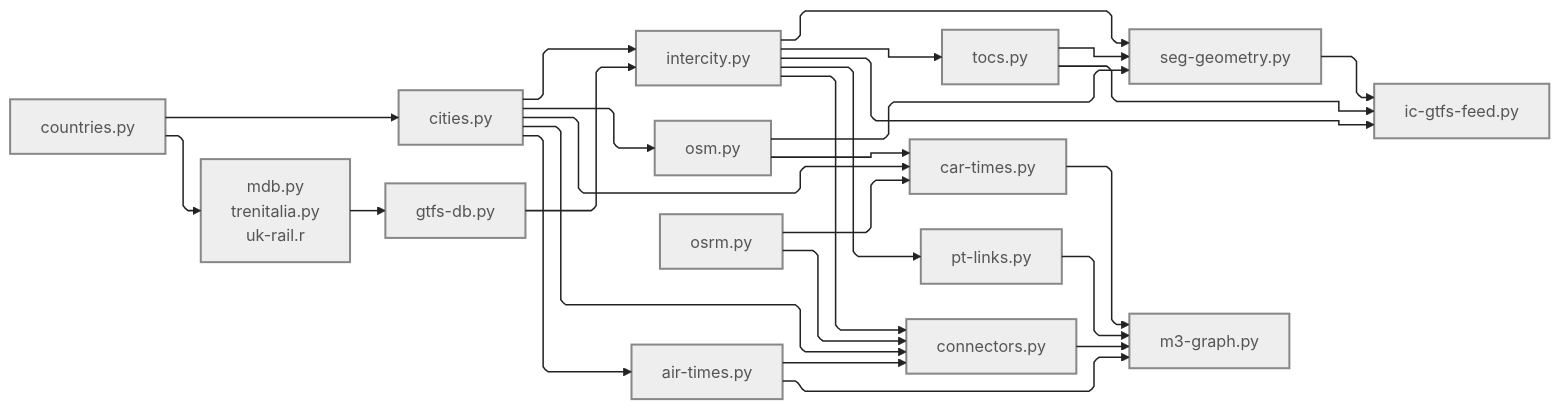
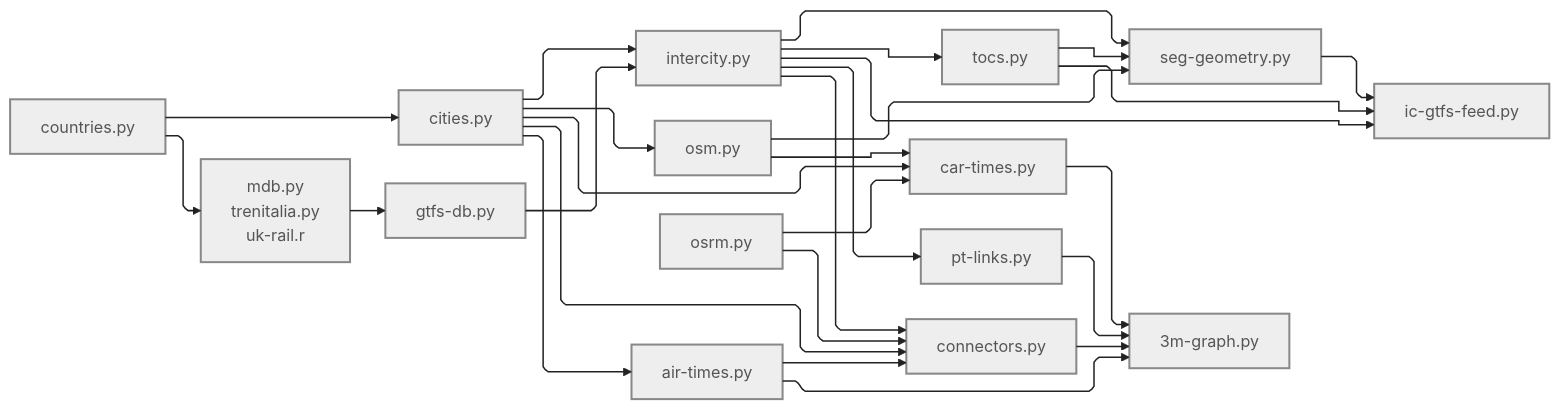
The diagram in README.md (hanyuchengatdelft/3MARS-WP2), drawn with Mermaid before and after one commit. The commit also changed other lines of this file and 1 other file, not shown here.

````diff
--- a/README.md
+++ b/README.md
@@ -84,72 +84,72 @@
 ```mermaid
 ---
 config:
   layout: elk
   elk:
     nodePlacementStrategy: LINEAR_SEGMENTS
     mergeEdges: false
   flowchart:
     curve: linear
     nodeSpacing: 35
     rankSpacing: 70
   themeCSS: |
     .arrowMarkerPath {
       transform: scale(0.65);
       transform-origin: center;
     }
 ---
 flowchart LR
     countries["countries.py"]
     cities["cities.py"]
     gtfsSources["mdb.py<br/>trenitalia.py<br/>uk-rail.r"]
     gtfsDb["gtfs-db.py"]
     intercity["intercity.py"]
     tocs["tocs.py"]
     osm["osm.py"]
     osrm["osrm.py"]
     segGeometry["seg-geometry.py"]
     icGtfsFeed["ic-gtfs-feed.py"]
     carTimes["car-times.py"]
     airTimes["air-times.py"]
     ptLinks["pt-links.py"]
     connectors["connectors.py"]
-    m3graph["m3-graph.py"]
+    m3graph["3m-graph.py"]
 
     countries --> cities
     countries --> gtfsSources
 
     gtfsSources --> gtfsDb
     gtfsDb --> intercity
 
     cities --> intercity
     cities --> osm
     cities --> carTimes
     cities --> airTimes
     cities --> connectors
 
     osm --> segGeometry
     osm --> carTimes
 
     intercity --> tocs
     intercity --> segGeometry
     intercity --> icGtfsFeed
     intercity --> ptLinks
     intercity --> connectors
 
     tocs --> segGeometry
     tocs --> icGtfsFeed
     segGeometry --> icGtfsFeed
 
     osrm --> carTimes
     osrm --> connectors
 
     airTimes --> connectors
     airTimes --> m3graph
     carTimes --> m3graph
     ptLinks --> m3graph
     connectors --> m3graph
 
     classDef module fill:#eee,stroke:#888,stroke-width:2px,color:#555;
     class countries,cities,gtfsSources,gtfsDb,intercity,tocs,osm,osrm,segGeometry,icGtfsFeed,carTimes,airTimes,ptLinks,connectors,m3graph module;
     linkStyle default stroke:#222,stroke-width:1.5px;
 ```
````
